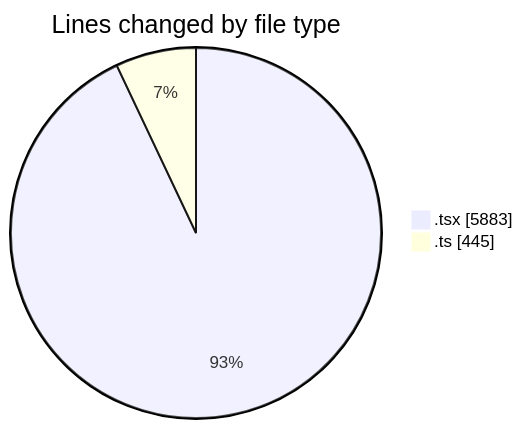
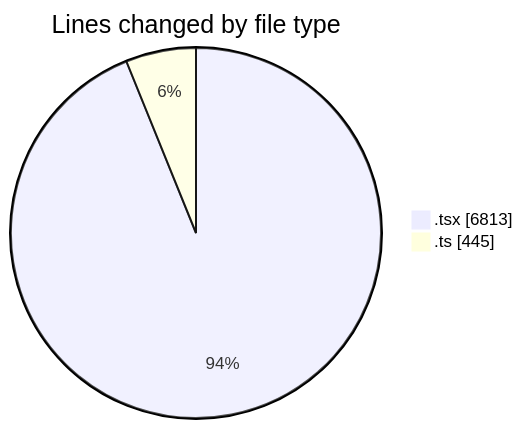
The first of 2 diagrams in 2025-09-24/cda/README.md (momahboobian/code-tracking), drawn with Mermaid before and after one commit. The commit also changed other lines of this file and 1 other file, not shown here.

````diff
--- a/2025-09-24/cda/README.md
+++ b/2025-09-24/cda/README.md
@@ -34,6 +36,6 @@
 ```mermaid
 pie showData
 title Lines changed by file type
-".tsx" : 5883
+".tsx" : 6813
 ".ts" : 445
 ```
````
